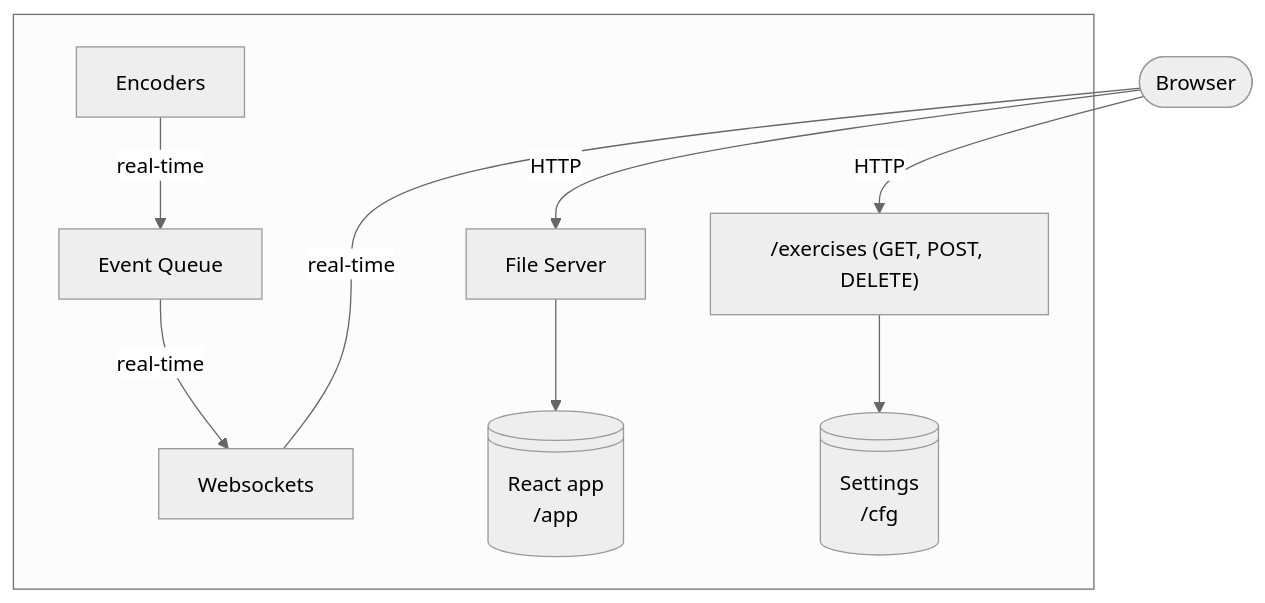
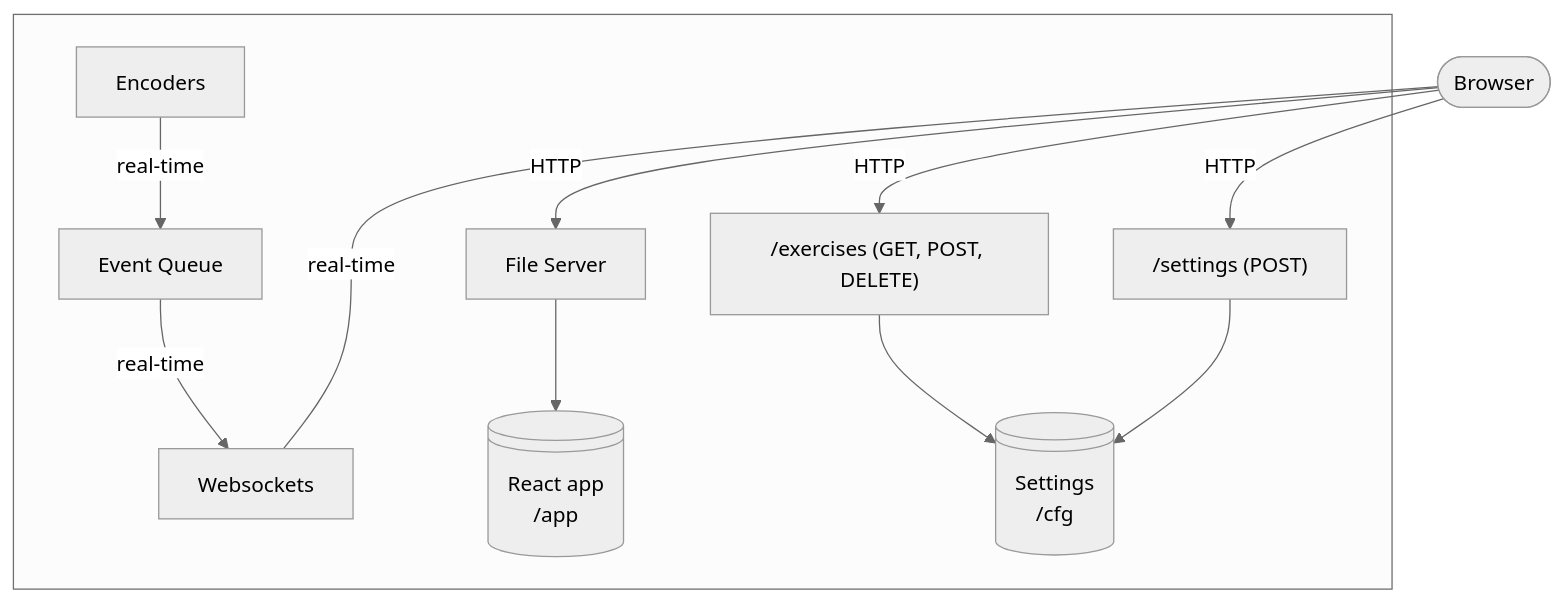
One commit to mfplinta/esp-lift changed the diagram in README.md. Above: the diagram before and after it, drawn with Mermaid (neutral theme). The commit also changed other lines of this file and 8 other files, not shown here.

First line of the commit message:
add set history exporting and improve config flow

````diff
--- a/README.md
+++ b/README.md
@@ -34,36 +35,39 @@
 ```mermaid
 flowchart TB
  subgraph ESP32["<br>"]
         Encoders["Encoders"]
         EventQueue["Event Queue"]
         Websockets["Websockets"]
         FileServer["File Server"]
         API["/exercises (GET, POST, DELETE)"]
         n2["React app<br>/app"]
         n3["Settings<br>/cfg"]
+        n4["/settings (POST)"]
   end
     Encoders -- "real-time" --> EventQueue
     EventQueue -- "real-time" --> Websockets
     Browser["Browser"] -- "real-time" --- Websockets
-    Browser -- HTTP --> API & FileServer
+    Browser -- HTTP --> API & FileServer & n4
     FileServer -- <br> --> n2
     API --> n3
+    n4 --> n3
 
     n2@{ shape: disk}
     n3@{ shape: disk}
+    n4@{ shape: rect}
     Browser@{ shape: terminal}
      Encoders:::encoder
      Encoders:::encoder
      EventQueue:::queue
      EventQueue:::queue
      Websockets:::ws
      Websockets:::ws
      FileServer:::fs
      FileServer:::fs
      API:::api
      API:::api
      n2:::disk
      n2:::disk
      n3:::disk
      n3:::disk
 ```
````
